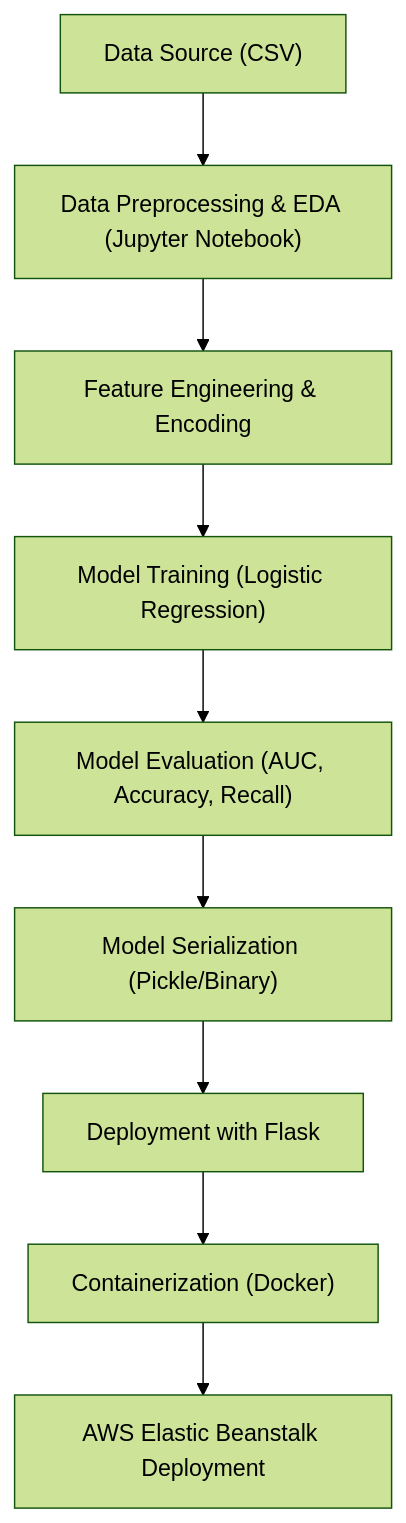
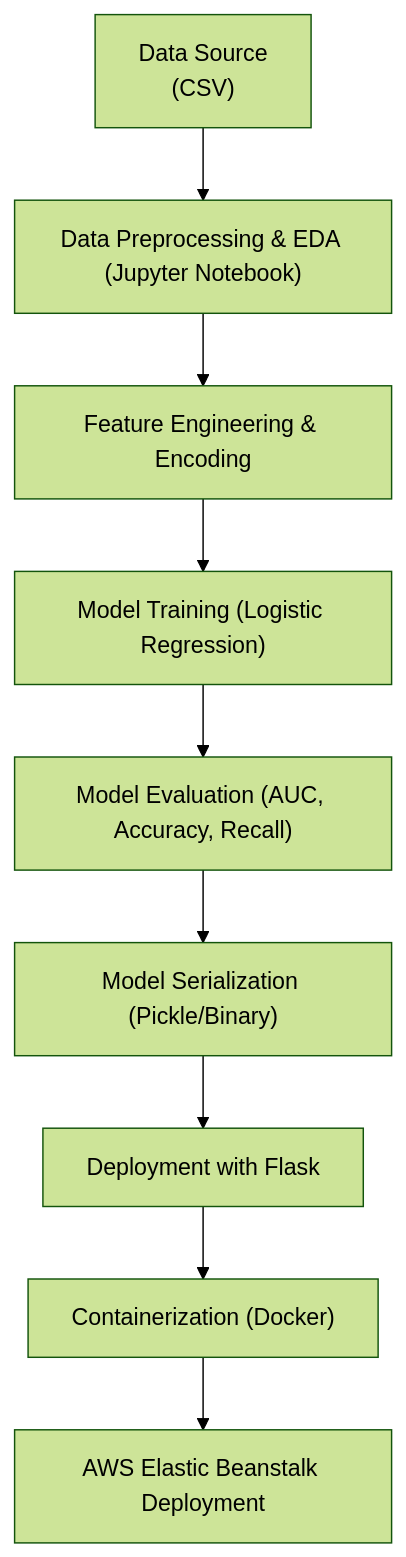
One commit to Adebayo88888888/customer_churn_deployment changed the diagram in README.md. Above: the diagram before and after it, drawn with Mermaid (forest theme).

````diff
--- a/README.md
+++ b/README.md
@@ -35,12 +35,13 @@
 ```mermaid
 
 flowchart TD
-    A["Data Source (CSV)"] --> B["Data Preprocessing & EDA (Jupyter Notebook)"]
+    A["Data Source
+(CSV)"] --> B["Data Preprocessing & EDA (Jupyter Notebook)"]
     B --> C["Feature Engineering & Encoding"]
     C --> D["Model Training (Logistic Regression)"]
     D --> E["Model Evaluation (AUC, Accuracy, Recall)"]
     E --> F["Model Serialization (Pickle/Binary)"]
     F --> G["Deployment with Flask"]
     G --> H["Containerization (Docker)"]
     H --> I["AWS Elastic Beanstalk Deployment"]
 ```
````
